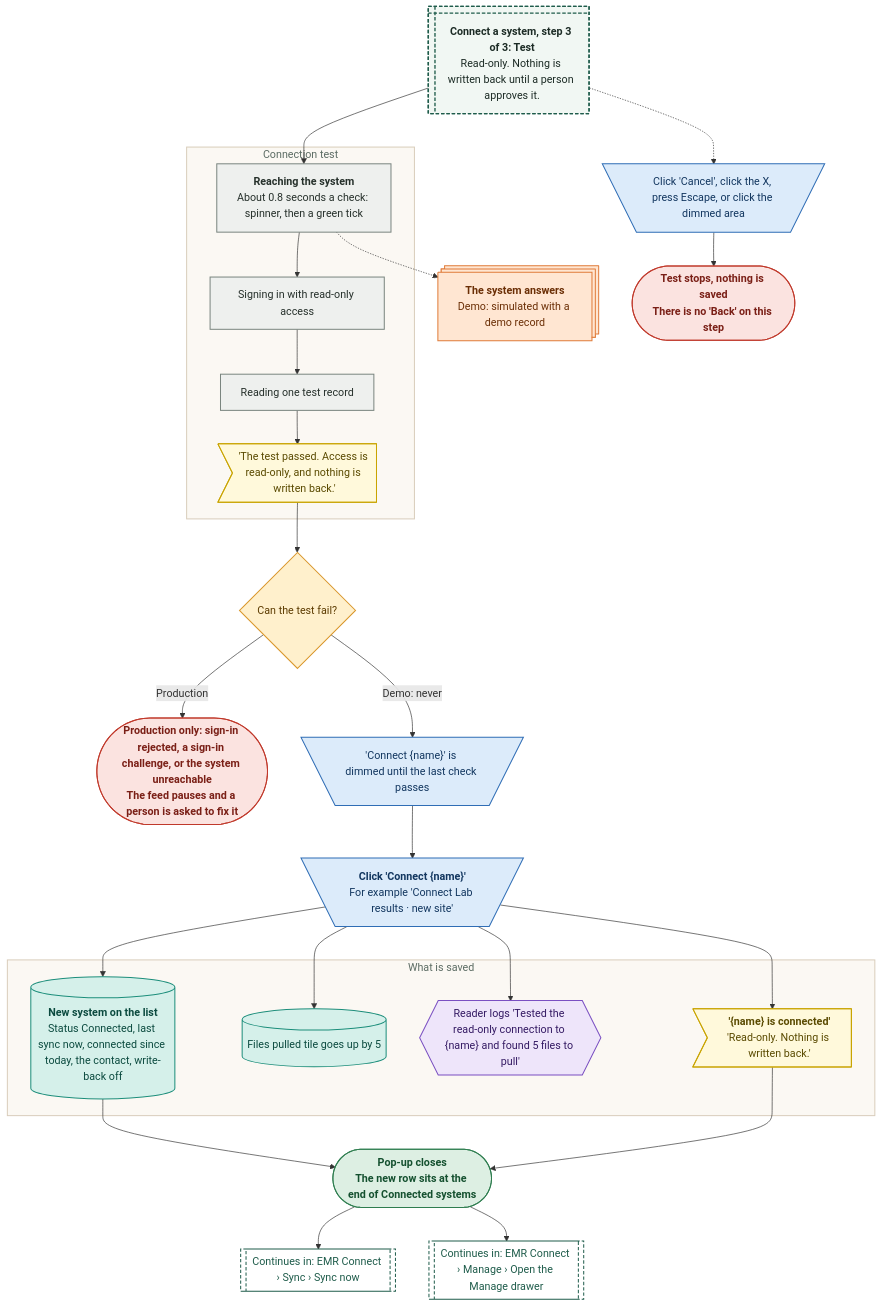
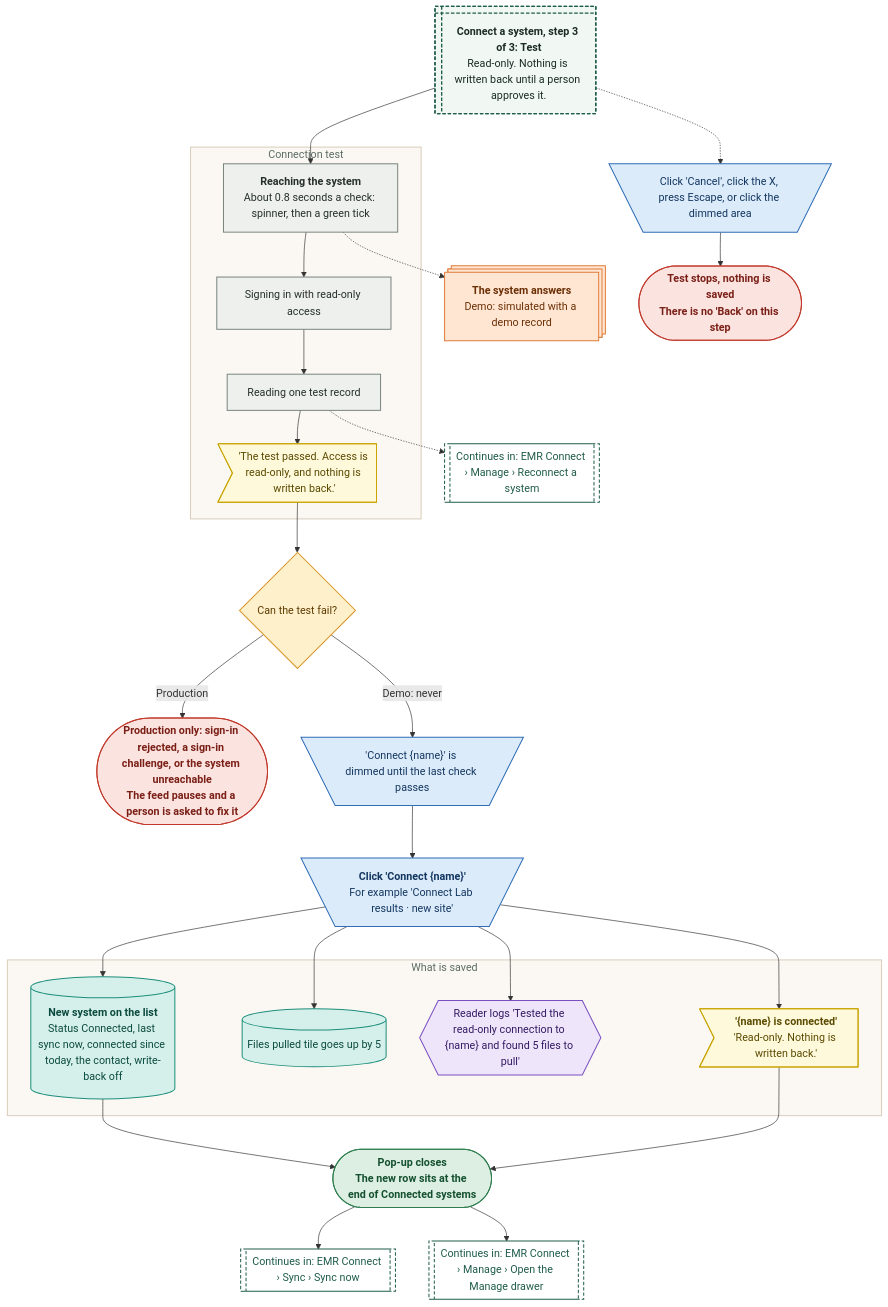
The sixth of 17 diagrams in demos/prior-auth-demo/workflows/out/md/09-emr-connect.md (Shrav143/psyfloapp), drawn with Mermaid before and after one commit. The commit also changed other lines of this file and 195 other files, not shown here.

First line of the commit message:
docs: Rebuild workflow diagrams after the demo fixes (220 diagrams)

````diff
--- a/demos/prior-auth-demo/workflows/out/md/09-emr-connect.md
+++ b/demos/prior-auth-demo/workflows/out/md/09-emr-connect.md
@@ -409,66 +421,68 @@
 ```mermaid
 %%{init: {"theme":"base","themeVariables":{"fontFamily":"'DM Sans', 'Segoe UI', system-ui, sans-serif","fontSize":"15px","lineColor":"#5B6B63","primaryTextColor":"#1C2B25","clusterBkg":"#FBF8F3","clusterBorder":"#D9CDBB","edgeLabelBackground":"#FFFFFF"},"flowchart":{"curve":"basis","nodeSpacing":36,"rankSpacing":48,"padding":12,"htmlLabels":true,"useMaxWidth":false,"wrappingWidth":230}} }%%
 flowchart TD
   classDef k_start fill:#1F5C4B,stroke:#174638,color:#FFFFFF,stroke-width:1.5px,font-weight:600
   classDef k_end fill:#DDEFE3,stroke:#2E7D4F,color:#14502F,stroke-width:1.5px,font-weight:600
   classDef k_endx fill:#FBE3E0,stroke:#C0392B,color:#7A1F16,stroke-width:1.5px,font-weight:600
   classDef k_screen fill:#FFFDF8,stroke:#1F5C4B,color:#1C2B25,stroke-width:2px
   classDef k_overlay fill:#F1F7F3,stroke:#1F5C4B,color:#1C2B25,stroke-width:2px,stroke-dasharray:5 3
   classDef k_click fill:#DCEBFA,stroke:#2F6DB5,color:#12365F,stroke-width:1.5px
   classDef k_input fill:#E4E7FF,stroke:#4C5FD5,color:#1D2670,stroke-width:1.5px
   classDef k_process fill:#EEF0EE,stroke:#7A857F,color:#26302B,stroke-width:1.5px
   classDef k_agent fill:#EEE5FA,stroke:#7A4FC2,color:#341A63,stroke-width:1.5px
   classDef k_decision fill:#FFF0CC,stroke:#D9962B,color:#5C3B00,stroke-width:1.5px
   classDef k_store fill:#D5F0EA,stroke:#1C8E7B,color:#0B4A3F,stroke-width:1.5px
   classDef k_doc fill:#F6E9DC,stroke:#B07A4C,color:#4A2E14,stroke-width:1.5px
   classDef k_ext fill:#FFE6D2,stroke:#E07B39,color:#6B2F06,stroke-width:1.5px
   classDef k_wait fill:#E4E8EE,stroke:#6B7C93,color:#26303D,stroke-width:1.5px
   classDef k_toast fill:#FFF9DB,stroke:#C9A400,color:#5A4A00,stroke-width:1.5px
   classDef k_goto fill:#FFFFFF,stroke:#1F5C4B,color:#1F5C4B,stroke-width:1.5px,stroke-dasharray:5 3
   o1@{ shape: win-pane, label: "<b>Connect a system, step 3 of 3: Test</b><br/>Read-only. Nothing is written back until a person approves it." }
   subgraph gTest ["Connection test"]
   k1@{ shape: rect, label: "<b>Reaching the system</b><br/>About 0.8 seconds a check: spinner, then a green tick" }
   k2@{ shape: rect, label: "Signing in with read-only access" }
   k3@{ shape: rect, label: "Reading one test record" }
   t1@{ shape: odd, label: "'The test passed. Access is read-only, and nothing is written back.'" }
   end
   x1@{ shape: st-rect, label: "<b>The system answers</b><br/>Demo: simulated with a demo record" }
   q1@{ shape: diam, label: "Can the test fail?" }
   f1@{ shape: stadium, label: "<b>Production only: sign-in rejected, a sign-in challenge, or the system unreachable</b><br/>The feed pauses and a person is asked to fix it" }
   b0@{ shape: trap-t, label: "'Connect {name}' is dimmed until the last check passes" }
   b1@{ shape: trap-t, label: "<b>Click 'Connect {name}'</b><br/>For example 'Connect Lab results · new site'" }
   subgraph gSave ["What is saved"]
   s1@{ shape: cyl, label: "<b>New system on the list</b><br/>Status Connected, last sync now, connected since today, the contact, write-back off" }
   s2@{ shape: cyl, label: "Files pulled tile goes up by 5" }
   a1@{ shape: hex, label: "Reader logs 'Tested the read-only connection to {name} and found 5 files to pull'" }
   t2@{ shape: odd, label: "<b>'{name} is connected'</b><br/>'Read-only. Nothing is written back.'" }
   end
   e1@{ shape: stadium, label: "<b>Pop-up closes</b><br/>The new row sits at the end of Connected systems" }
   cx@{ shape: trap-t, label: "Click 'Cancel', click the X, press Escape, or click the dimmed area" }
   e2@{ shape: stadium, label: "<b>Test stops, nothing is saved</b><br/>There is no 'Back' on this step" }
   g1@{ shape: subproc, label: "Continues in: EMR Connect › Sync › Sync now" }
   g2@{ shape: subproc, label: "Continues in: EMR Connect › Manage › Open the Manage drawer" }
+  g3@{ shape: subproc, label: "Continues in: EMR Connect › Manage › Reconnect a system" }
   o1 --> k1 --> k2 --> k3 --> t1
   k1 -.-> x1
+  k3 -.-> g3
   t1 --> q1
   q1 -->|"Demo: never"| b0 --> b1
   q1 -->|"Production"| f1
   b1 --> s1 & s2 & a1 & t2
   s1 --> e1
   t2 --> e1
   e1 --> g1 & g2
   o1 -.-> cx --> e2
   class o1 k_overlay
   class k1,k2,k3 k_process
   class t1,t2 k_toast
   class x1 k_ext
   class q1 k_decision
   class f1,e2 k_endx
   class b0,b1,cx k_click
   class s1,s2 k_store
   class a1 k_agent
   class e1 k_end
-  class g1,g2 k_goto
+  class g1,g2,g3 k_goto
   style gTest fill:#FBF8F3,stroke:#D9CDBB,stroke-width:1.5px,color:#5B6B63
   style gSave fill:#FBF8F3,stroke:#D9CDBB,stroke-width:1.5px,color:#5B6B63
 ```
````
